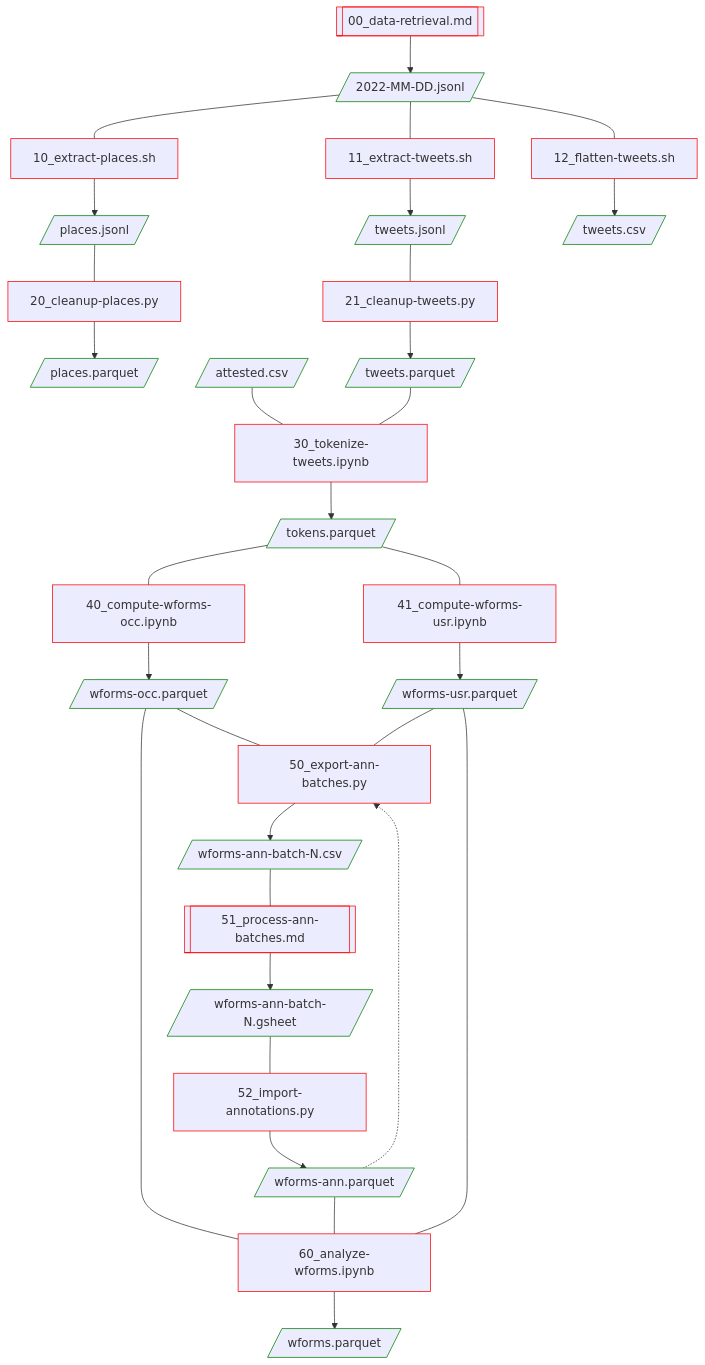
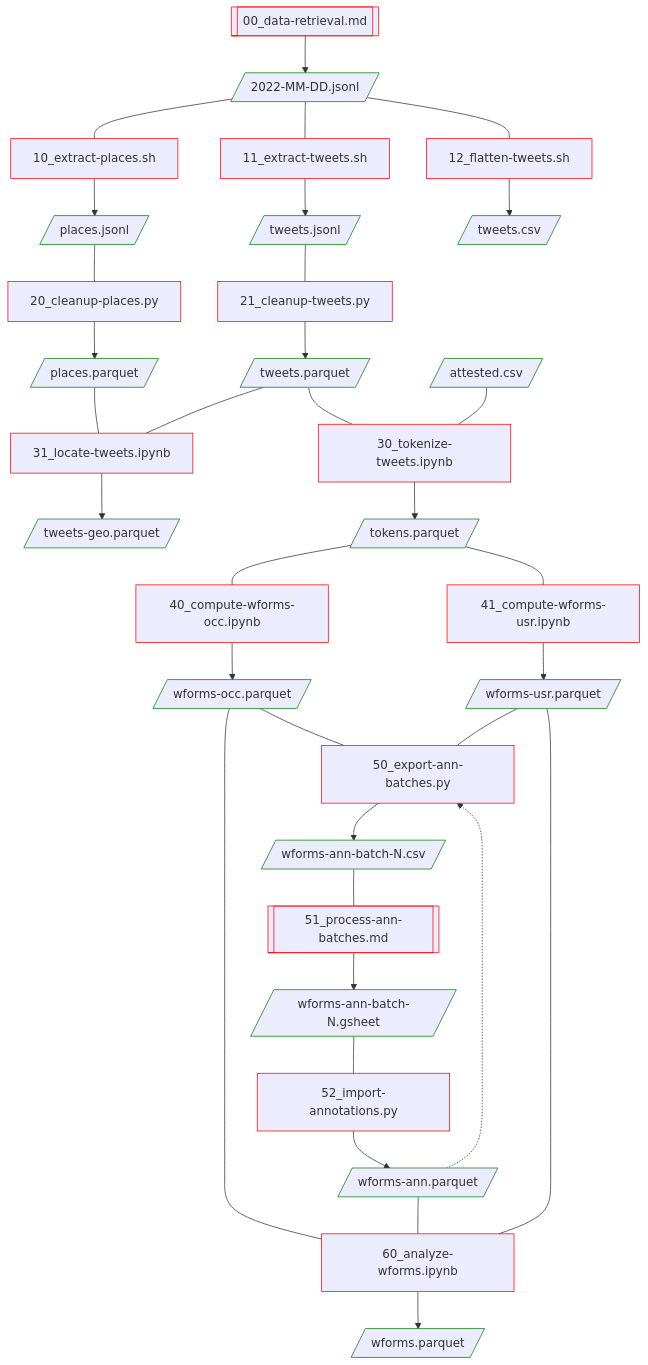
The diagram in README.md (breviloquia-italica/pipeline), drawn with Mermaid before and after one commit.

Commit message:
Add stage 31 to flowchart

````diff
--- a/README.md
+++ b/README.md
@@ -3,49 +3,54 @@
 ```mermaid
 flowchart TD;
 
 00[[00_data-retrieval.md]]:::code;
 00 --> 2022-MM-DD.jsonl[/2022-MM-DD.jsonl/]:::data;
 
 10[10_extract-places.sh]:::code;
 11[11_extract-tweets.sh]:::code;
 12[12_flatten-tweets.sh]:::code;
 2022-MM-DD.jsonl --- 10 --> places.jsonl[/places.jsonl/]:::data;
 2022-MM-DD.jsonl --- 11 --> tweets.jsonl[/tweets.jsonl/]:::data;
 2022-MM-DD.jsonl --- 12 --> tweets.csv[/tweets.csv/]:::data;
 
 20[20_cleanup-places.py]:::code;
 21[21_cleanup-tweets.py]:::code;
 places.jsonl --- 20 --> places.parquet[/places.parquet/]:::data;
 tweets.jsonl --- 21 --> tweets.parquet[/tweets.parquet/]:::data;
 
+31[31_locate-tweets.ipynb]:::code;
+places.parquet --- 31;
+tweets.parquet --- 31 --> tweets-geo.parquet[/tweets-geo.parquet/]:::data;
+
 30[30_tokenize-tweets.ipynb]:::code;
+tweets.parquet --- 30;
 attested.csv[/attested.csv/]:::data --- 30;
-tweets.parquet --- 30 --> tokens.parquet[/tokens.parquet/]:::data;
+30 --> tokens.parquet[/tokens.parquet/]:::data;
 
 40[40_compute-wforms-occ.ipynb]:::code;
 tokens.parquet --- 40 --> wforms-occ.parquet[/wforms-occ.parquet/]:::data;
 
 41[41_compute-wforms-usr.ipynb]:::code;
 tokens.parquet --- 41 --> wforms-usr.parquet[/wforms-usr.parquet/]:::data;
 
 50[50_export-ann-batches.py]:::code;
 wforms-occ.parquet --- 50;
 wforms-usr.parquet --- 50;
 50 --> wforms-ann-batch-N.csv[/"wforms-ann-batch-N.csv"/]:::data;
 
 51[[51_process-ann-batches.md]]:::code;
 wforms-ann-batch-N.csv --- 51 --> wforms-ann-batch-N.gsheet[/wforms-ann-batch-N.gsheet/]:::data;
 wforms-ann.parquet -.-> 50;
 
 52[52_import-annotations.py]:::code;
 wforms-ann-batch-N.gsheet --- 52 --> wforms-ann.parquet[/wforms-ann.parquet/]:::data;
 
 60[60_analyze-wforms.ipynb]:::code;
 wforms-occ.parquet --- 60;
 wforms-ann.parquet --- 60;
 wforms-usr.parquet --- 60;
 60 --> wforms.parquet[/wforms.parquet/]:::data;
 
 classDef code stroke:red;
 classDef data stroke:green,shape:rectangle;
 ```
````
